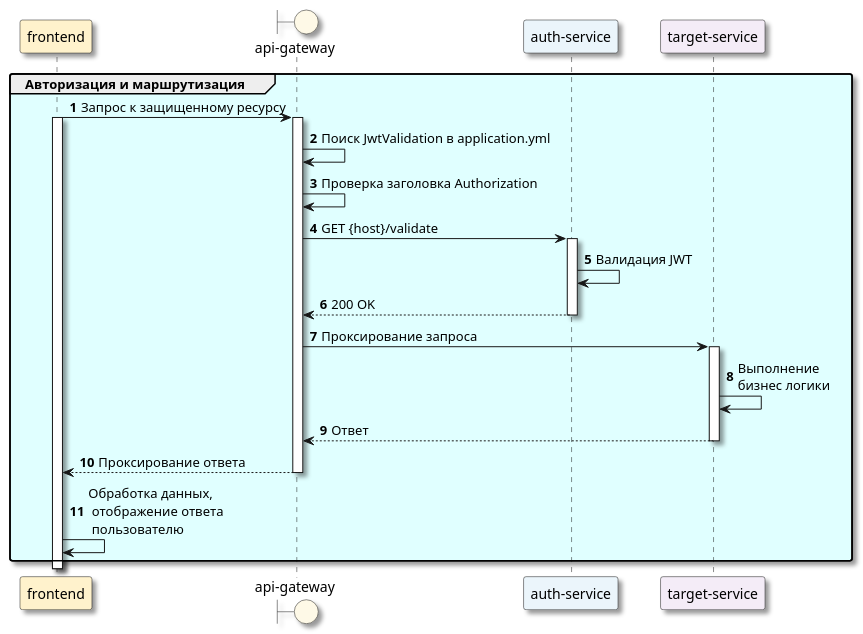
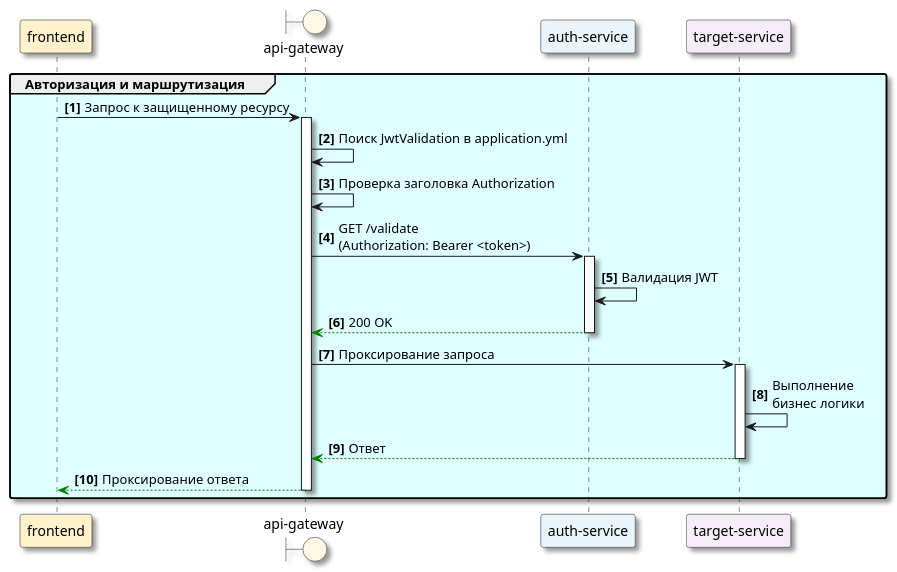
The diagram in Docs/As-is/Diagrams/Auth&routing.puml (ni1a207/Healthcare-System), drawn with PlantUML before and after one commit. The commit also changed 13 other files, not shown here.

```diff
--- a/Docs/As-is/Diagrams/Auth&routing.puml
+++ b/Docs/As-is/Diagrams/Auth&routing.puml
@@ -1,30 +1,28 @@
 @startuml
 skinparam Shadowing true
 skinparam RoundCorner 5
 skinparam MaxMessageSize 250
 participant "frontend" as FE #FFF2CC
 boundary "api-gateway" as GW #FEF9E7
 participant "auth-service" as Auth #EBF5FB
 participant "target-service" as TS #F4ECF7
-autonumber "<b>0</b>"
+autonumber "<b>[0]</b>"
 group #LightCyan Авторизация и маршрутизация
     FE -> GW: Запрос к защищенному ресурсу
-    activate FE #White
     activate GW
     GW -> GW: Поиск JwtValidation в application.yml
 GW->GW:Проверка заголовка Authorization
-    GW -> Auth: GET {host}/validate
+    GW -> Auth: GET /validate\n(Authorization: Bearer <token>)
     activate Auth
     Auth->Auth: Валидация JWT
-    Auth --> GW: 200 OK
+    Auth --[#green]> GW: 200 OK
     deactivate Auth
     GW -> TS: Проксирование запроса
     activate TS
     TS->TS: Выполнение\nбизнес логики
-    TS --> GW: Ответ
+    TS --[#green]> GW: Ответ
     deactivate TS
-    GW --> FE: Проксирование ответа
+    GW --[#green]> FE: Проксирование ответа
     deactivate GW
-    FE -> FE: Обработка данных,\n отображение ответа\n пользователю
     end
 @enduml
```
